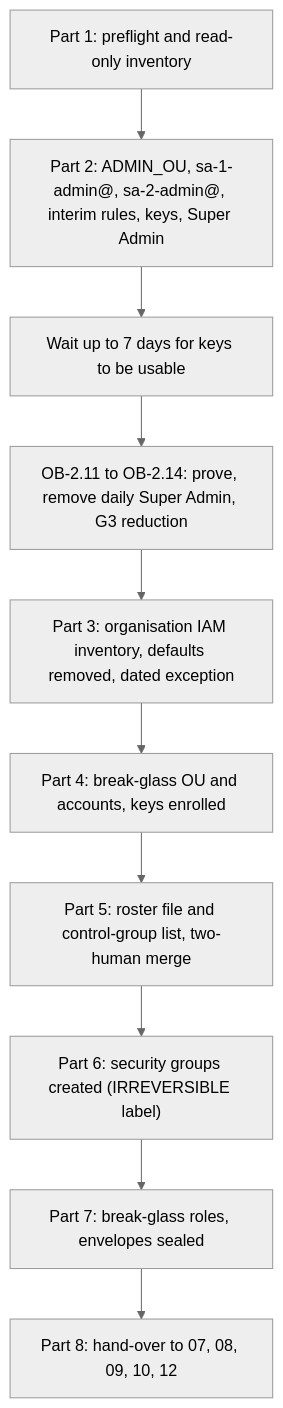
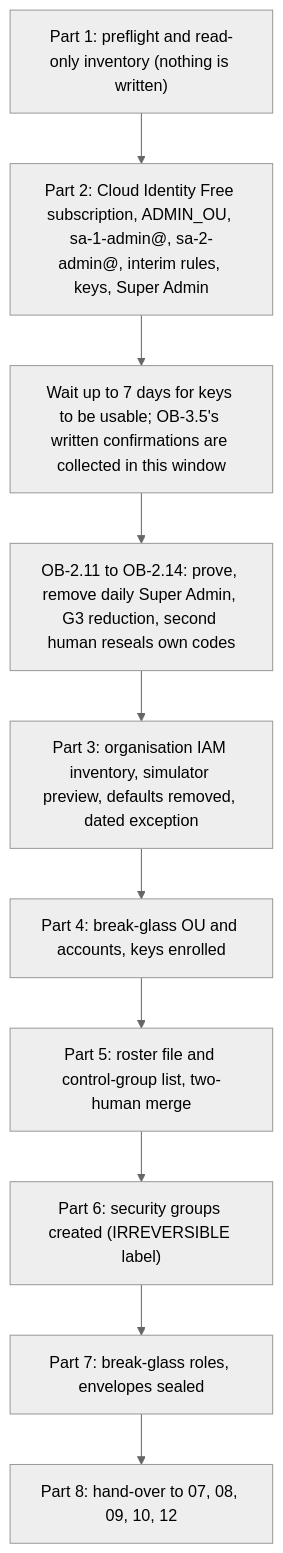
The diagram in platform/agentic-platform/setup/06-organisation-bootstrap-and-roster.md (jsbdfgidsfg/agentic-platform), drawn with Mermaid (neutral theme) before and after one commit. The commit also changed other lines of this file and 41 other files, not shown here.

````diff
--- a/platform/agentic-platform/setup/06-organisation-bootstrap-and-roster.md
+++ b/platform/agentic-platform/setup/06-organisation-bootstrap-and-roster.md
@@ -35,12 +35,12 @@
 ```mermaid
 flowchart TD
-  P1["Part 1: preflight and read-only inventory"] --> P2["Part 2: ADMIN_OU, sa-1-admin@, sa-2-admin@, interim rules, keys, Super Admin"]
-  P2 --> W["Wait up to 7 days for keys to be usable"]
-  W --> P2b["OB-2.11 to OB-2.14: prove, remove daily Super Admin, G3 reduction"]
-  P2b --> P3["Part 3: organisation IAM inventory, defaults removed, dated exception"]
+  P1["Part 1: preflight and read-only inventory (nothing is written)"] --> P2["Part 2: Cloud Identity Free subscription, ADMIN_OU, sa-1-admin@, sa-2-admin@, interim rules, keys, Super Admin"]
+  P2 --> W["Wait up to 7 days for keys to be usable; OB-3.5's written confirmations are collected in this window"]
+  W --> P2b["OB-2.11 to OB-2.14: prove, remove daily Super Admin, G3 reduction, second human reseals own codes"]
+  P2b --> P3["Part 3: organisation IAM inventory, simulator preview, defaults removed, dated exception"]
   P3 --> P4["Part 4: break-glass OU and accounts, keys enrolled"]
   P4 --> P5["Part 5: roster file and control-group list, two-human merge"]
   P5 --> P6["Part 6: security groups created (IRREVERSIBLE label)"]
   P6 --> P7["Part 7: break-glass roles, envelopes sealed"]
   P7 --> P8["Part 8: hand-over to 07, 08, 09, 10, 12"]
 ```
````
